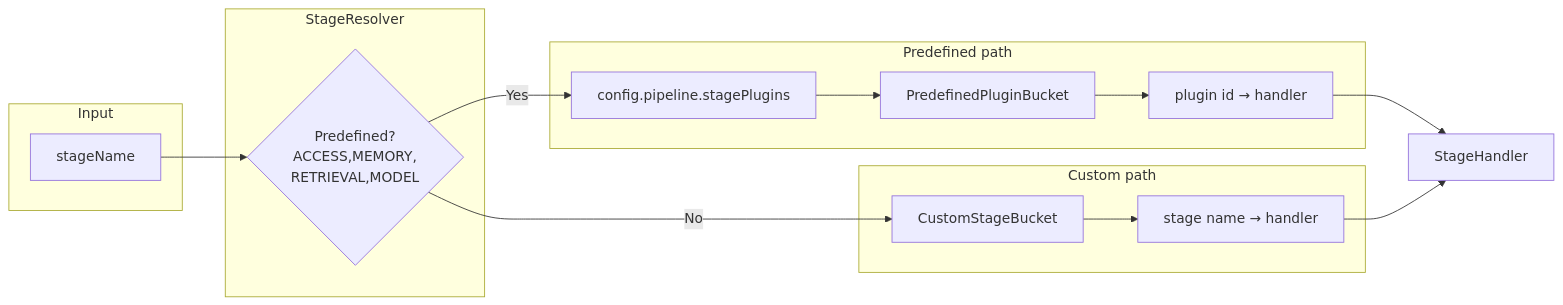
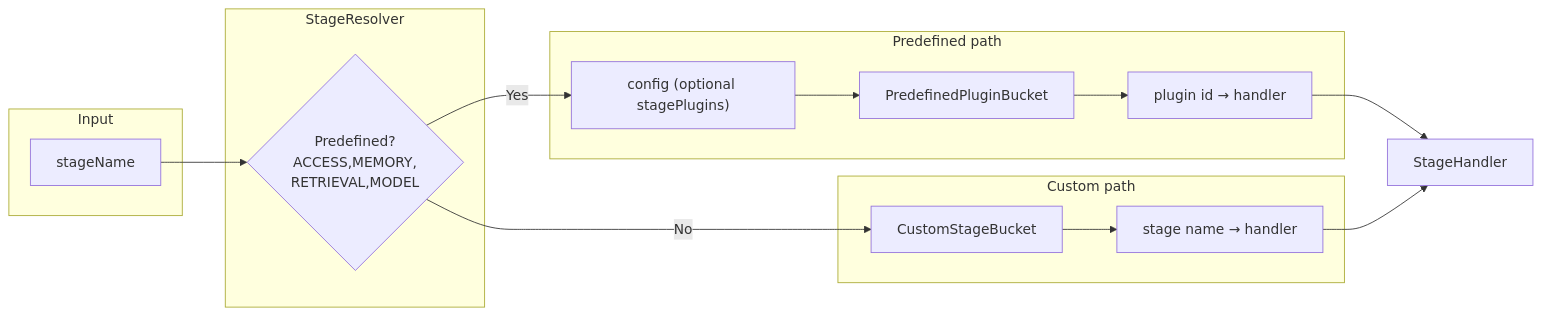
Before and after one commit to OpenLLMOrchestrator/Open-LLM-Orchestrator-Worker: the sixth of 7 diagrams in docs/architecture.md, drawn with Mermaid. The commit also changed other lines of this file and 65 other files, not shown here.

````diff
--- a/docs/architecture.md
+++ b/docs/architecture.md
@@ -275,30 +275,30 @@
 ```mermaid
 flowchart LR
     subgraph Input["Input"]
         Name[stageName]
     end
 
     subgraph Resolver["StageResolver"]
         Predefined{"Predefined?"<br/>ACCESS,MEMORY,<br/>RETRIEVAL,MODEL}
     end
 
     subgraph PredefinedPath["Predefined path"]
-        Config["config.pipeline.stagePlugins"]
+        Config["config (optional stagePlugins)"]
         PredefBucket[PredefinedPluginBucket]
         Plugin["plugin id → handler"]
     end
 
     subgraph CustomPath["Custom path"]
         CustomBucket[CustomStageBucket]
         CustomLookup["stage name → handler"]
     end
 
     Name --> Predefined
     Predefined -->|Yes| Config
     Config --> PredefBucket
     PredefBucket --> Plugin
     Predefined -->|No| CustomBucket
     CustomBucket --> CustomLookup
     Plugin --> Handler[StageHandler]
     CustomLookup --> Handler
 ```
````
